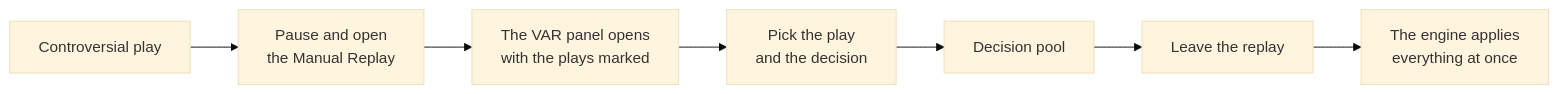
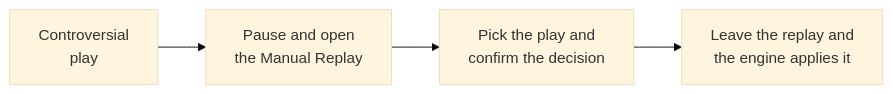
Before and after one commit to Joao-Spala/pes21-var-mod: the second of 3 diagrams in README.md, drawn with Mermaid (base theme). The commit also changed other lines of this file, not shown here.

````diff
--- a/README.md
+++ b/README.md
@@ -164,9 +161,6 @@
 ```mermaid
 flowchart LR
-    A["Controversial play"] --> B["Pause and open<br/>the Manual Replay"]
-    B --> C["The VAR panel opens<br/>with the plays marked"]
-    C --> D["Pick the play<br/>and the decision"]
-    D --> E["Decision pool"]
-    E --> F["Leave the replay"]
-    F --> G["The engine applies<br/>everything at once"]
+    A["Controversial<br/>play"] --> B["Pause and open<br/>the Manual Replay"]
+    B --> C["Pick the play and<br/>confirm the decision"]
+    C --> D["Leave the replay and<br/>the engine applies it"]
 ```
````
